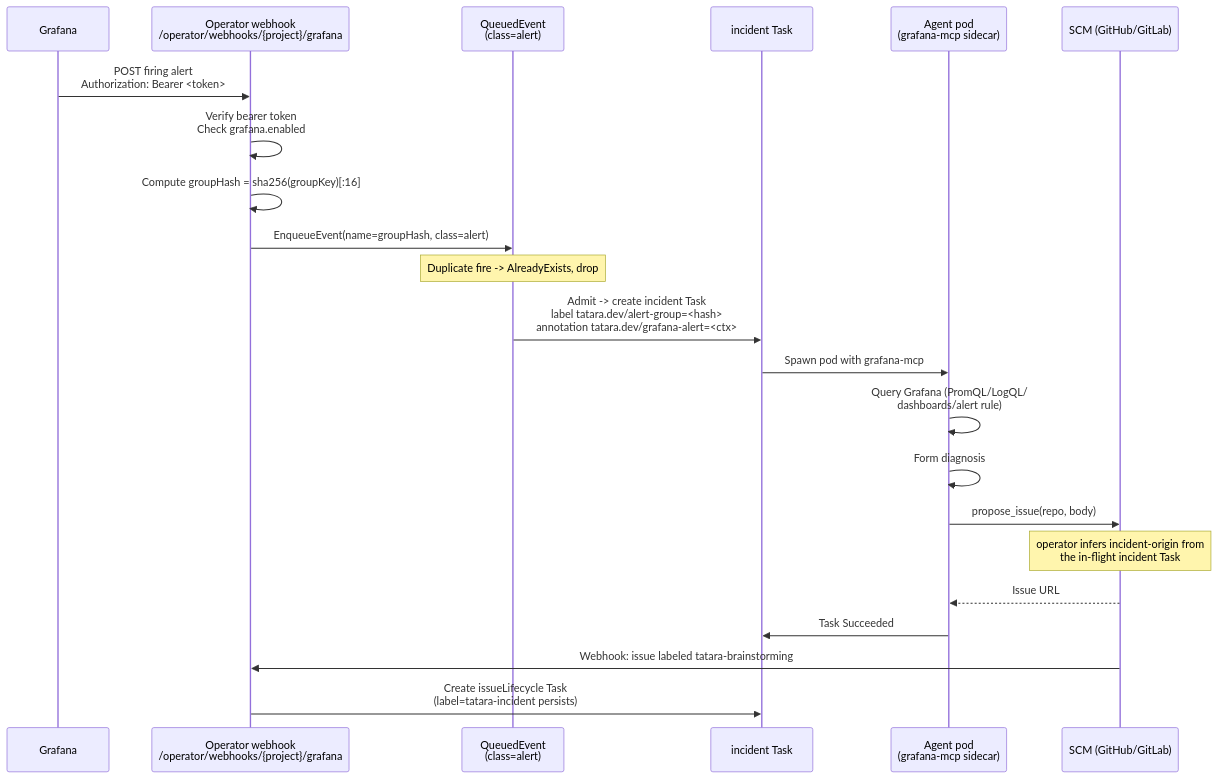
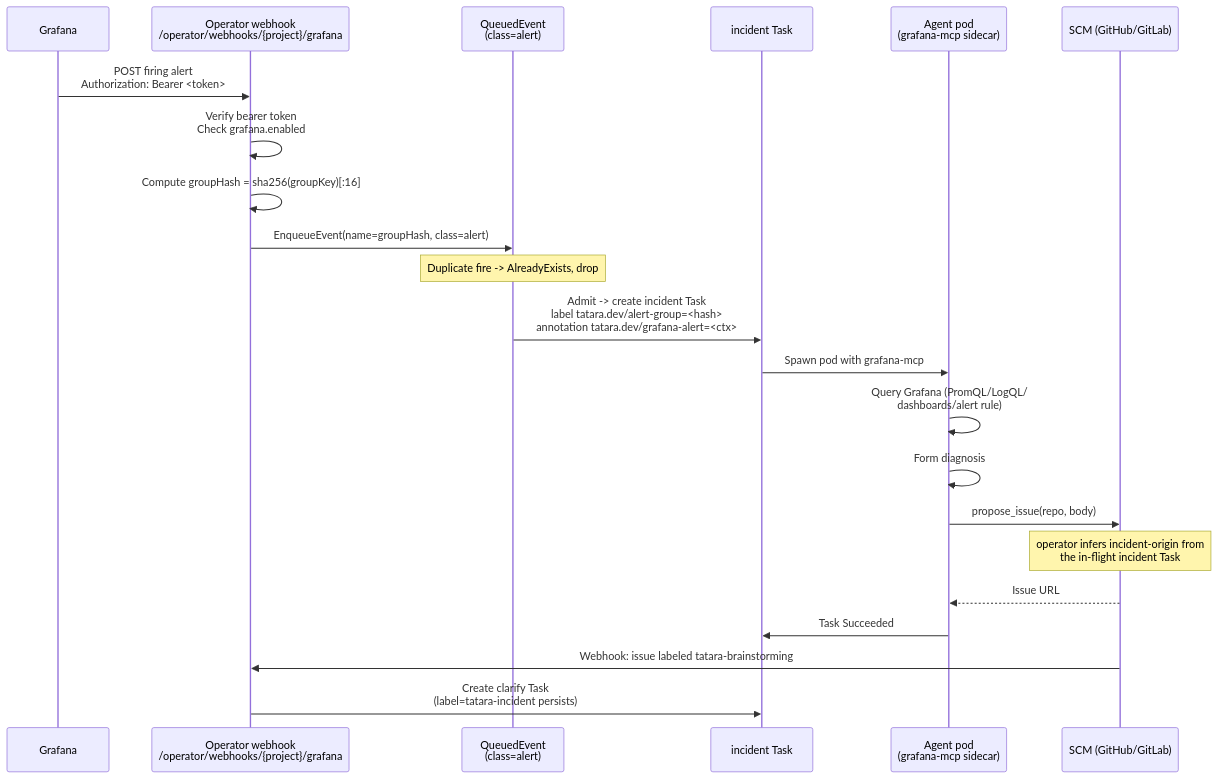
Before and after one commit to szymonrychu/tatara-documentation: the diagram in docs/workflows/incident.md, drawn with Mermaid. The commit also changed other lines of this file and 39 other files, not shown here.

````diff
--- a/docs/workflows/incident.md
+++ b/docs/workflows/incident.md
@@ -239,25 +244,25 @@
 ```mermaid
 sequenceDiagram
     participant Grafana
     participant Operator as Operator webhook<br/>/operator/webhooks/{project}/grafana
     participant Queue as QueuedEvent<br/>(class=alert)
     participant Task as incident Task
     participant Agent as Agent pod<br/>(grafana-mcp sidecar)
     participant SCM as SCM (GitHub/GitLab)
 
     Grafana->>Operator: POST firing alert<br/>Authorization: Bearer <token>
     Operator->>Operator: Verify bearer token<br/>Check grafana.enabled
     Operator->>Operator: Compute groupHash = sha256(groupKey)[:16]
     Operator->>Queue: EnqueueEvent(name=groupHash, class=alert)
     Note over Queue: Duplicate fire -> AlreadyExists, drop
     Queue->>Task: Admit -> create incident Task<br/>label tatara.dev/alert-group=<hash><br/>annotation tatara.dev/grafana-alert=<ctx>
     Task->>Agent: Spawn pod with grafana-mcp
     Agent->>Agent: Query Grafana (PromQL/LogQL/<br/>dashboards/alert rule)
     Agent->>Agent: Form diagnosis
     Agent->>SCM: propose_issue(repo, body)
     Note over SCM: operator infers incident-origin from<br/>the in-flight incident Task
     SCM-->>Agent: Issue URL
     Agent->>Task: Task Succeeded
     SCM->>Operator: Webhook: issue labeled tatara-brainstorming
-    Operator->>Task: Create issueLifecycle Task<br/>(label=tatara-incident persists)
+    Operator->>Task: Create clarify Task<br/>(label=tatara-incident persists)
 ```
````
